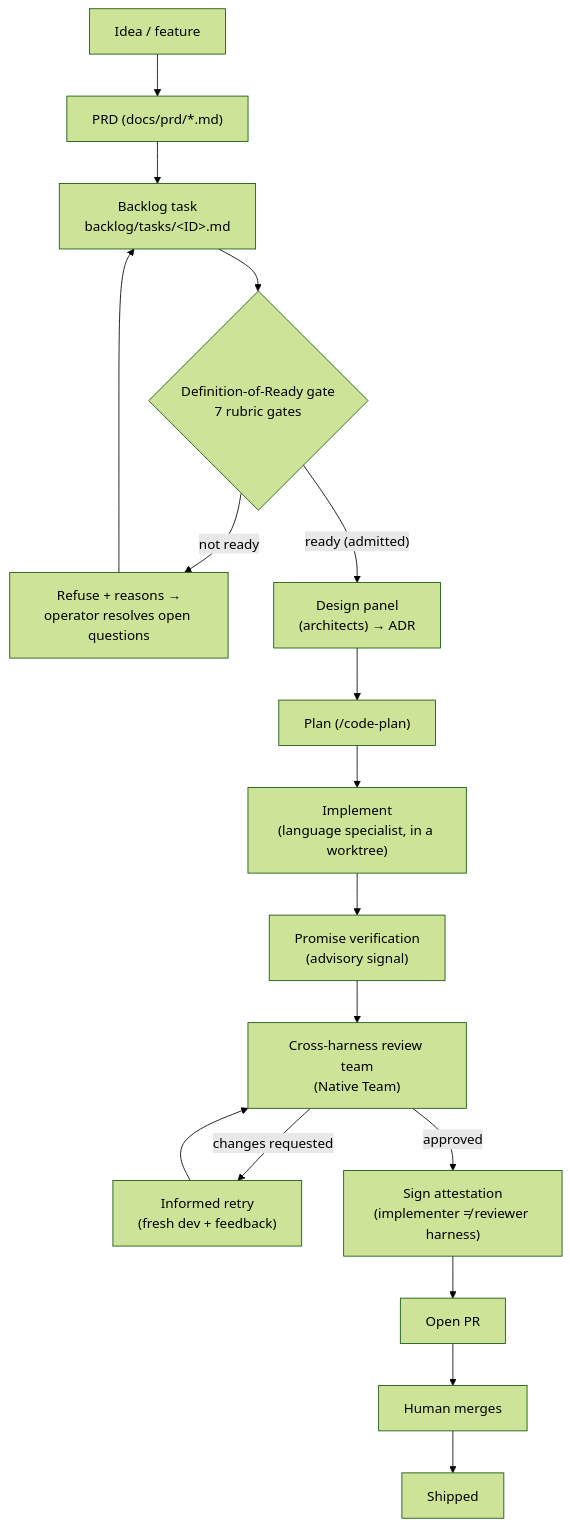
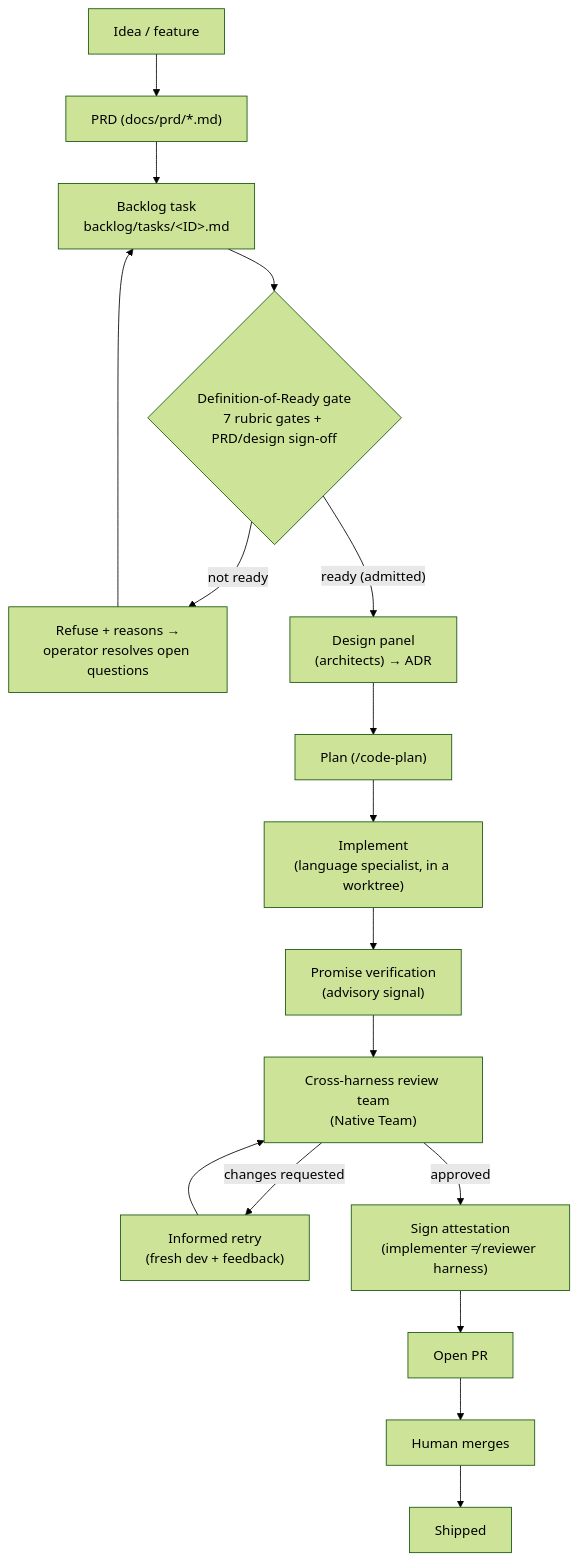
One commit to cefothe/ai-sdlc changed the second of 5 diagrams in README.md. Above: the diagram before and after it, drawn with Mermaid (forest theme). The commit also changed other lines of this file and 14 other files, not shown here.

First line of the commit message:
Front-load high-level design: enforce PRD -> design -> execute, ground the design, add DoR gate 9

````diff
--- a/README.md
+++ b/README.md
@@ -193,19 +193,19 @@
 ```mermaid
 flowchart TD
     IDEA[Idea / feature] --> PRD["PRD (docs/prd/*.md)"]
     PRD --> TASK["Backlog task<br/>backlog/tasks/&lt;ID&gt;.md"]
-    TASK --> DOR{"Definition-of-Ready gate<br/>7 rubric gates"}
+    TASK --> DOR{"Definition-of-Ready gate<br/>7 rubric gates + PRD/design sign-off"}
     DOR -- "not ready" --> FIX["Refuse + reasons →<br/>operator resolves open questions"]
     FIX --> TASK
     DOR -- "ready (admitted)" --> DESIGN["Design panel<br/>(architects) → ADR"]
     DESIGN --> PLAN["Plan (/code-plan)"]
     PLAN --> IMPL["Implement<br/>(language specialist, in a worktree)"]
     IMPL --> PROMISE["Promise verification<br/>(advisory signal)"]
     PROMISE --> REVIEW["Cross-harness review team<br/>(Native Team)"]
     REVIEW -- "changes requested" --> IMPL2["Informed retry<br/>(fresh dev + feedback)"]
     IMPL2 --> REVIEW
     REVIEW -- "approved" --> ATTEST["Sign attestation<br/>(implementer ≠ reviewer harness)"]
     ATTEST --> PR["Open PR"]
     PR --> MERGE["Human merges"]
     MERGE --> SHIP[Shipped]
 ```
````
